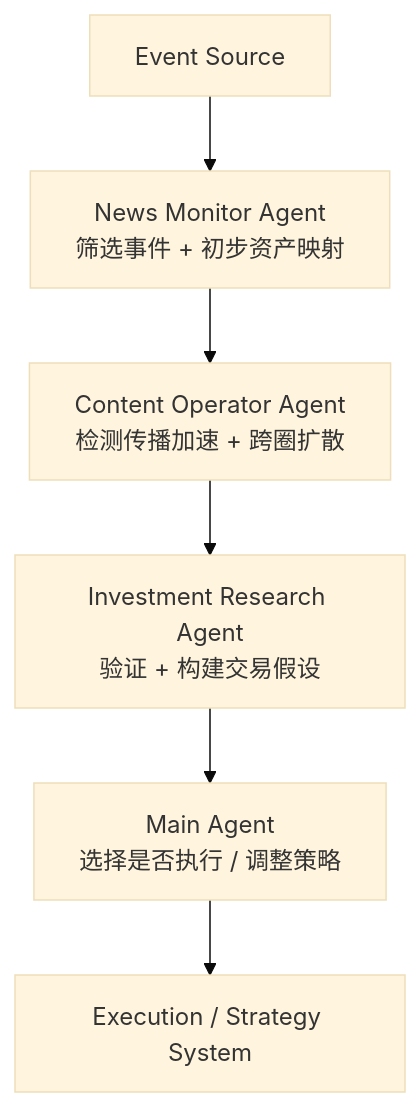
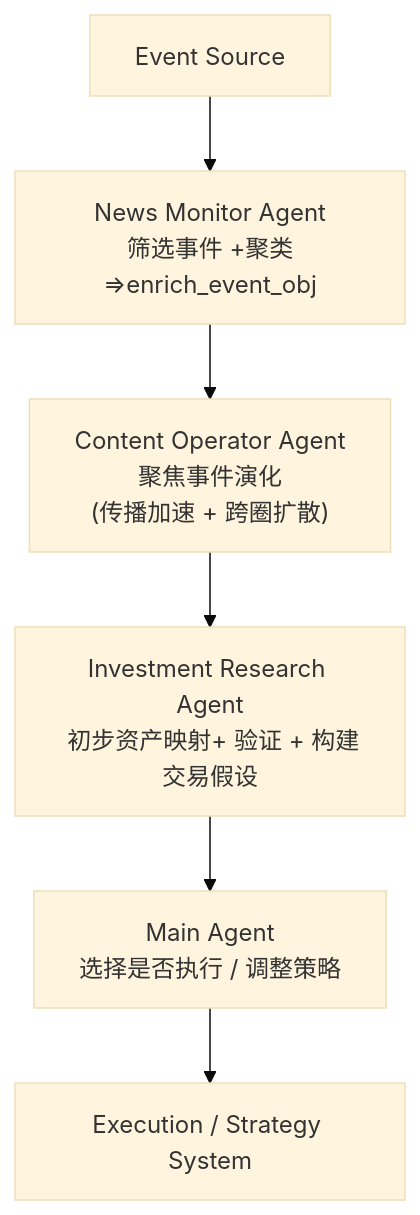
Before and after one commit to klinda78/news-analysis: the second of 2 diagrams in doc/theoryObj.md, drawn with Mermaid (base theme).

Commit message:
Update event-driven multi-expert system diagram

````diff
--- a/doc/theoryObj.md
+++ b/doc/theoryObj.md
@@ -52,9 +52,9 @@
 ```mermaid
 flowchart TD 
     A[Event Source]
-    A --> B[News Monitor Agent<br/>筛选事件 + 初步资产映射]
-    B --> C[Content Operator Agent<br/>检测传播加速 + 跨圈扩散]
-    C --> D[Investment Research Agent<br/>验证 + 构建交易假设]
+    A --> B[News Monitor Agent<br/>筛选事件 +聚类=>enrich_event_obj]
+    B --> C[Content Operator Agent<br/>聚焦事件演化<br/>&#40传播加速 + 跨圈扩散&#41]
+    C --> D[Investment Research Agent<br/> 初步资产映射+ 验证 + 构建交易假设]
     D --> E[Main Agent<br/>选择是否执行 / 调整策略]
     E --> F[Execution / Strategy System]
 ```
````
